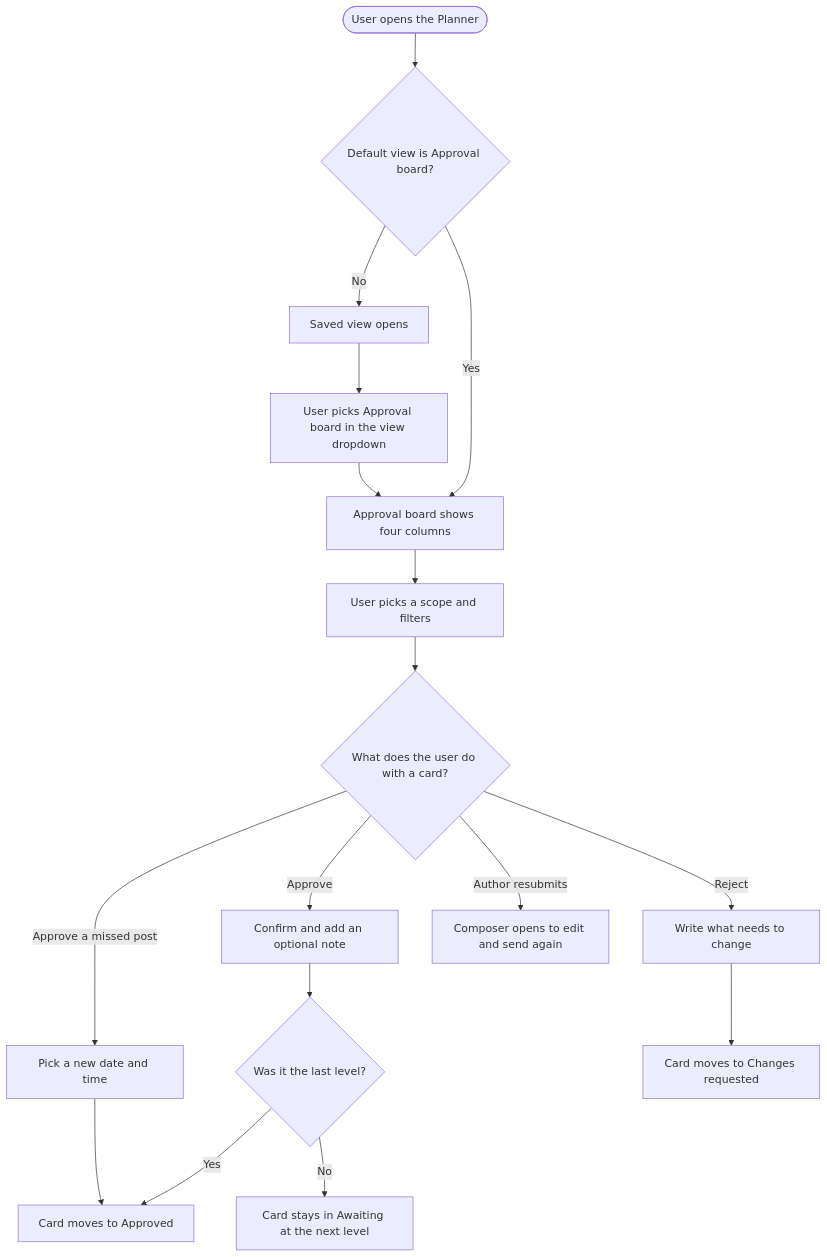
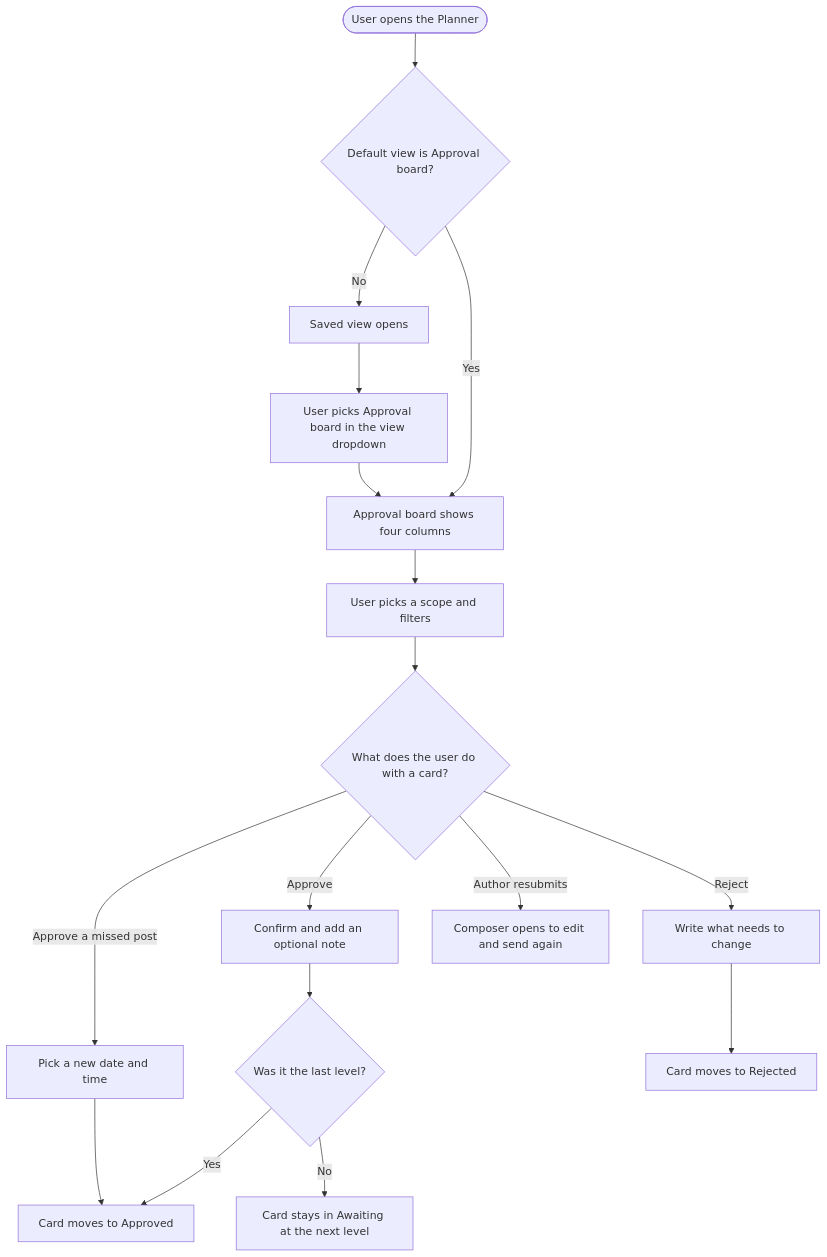
The first of 2 diagrams in docs/features/approval-board-view/02-workflow.md (Ghulam-Jaffar/contentstudio-agentic-product-pipeline), drawn with Mermaid before and after one commit. The commit also changed other lines of this file and 16 other files, not shown here.

````diff
--- a/docs/features/approval-board-view/02-workflow.md
+++ b/docs/features/approval-board-view/02-workflow.md
@@ -23,17 +23,17 @@
 ```mermaid
 flowchart TD
     Open([User opens the Planner]) --> Pick{Default view is Approval board?}
     Pick -->|Yes| Board[Approval board shows four columns]
     Pick -->|No| Other[Saved view opens] --> Switch[User picks Approval board in the view dropdown] --> Board
     Board --> Scope[User picks a scope and filters]
     Scope --> Act{What does the user do with a card?}
     Act -->|Approve| Confirm[Confirm and add an optional note]
     Act -->|Reject| Note[Write what needs to change]
     Act -->|Approve a missed post| Time[Pick a new date and time]
     Act -->|Author resubmits| Composer[Composer opens to edit and send again]
     Confirm --> Level{Was it the last level?}
     Level -->|Yes| Approved[Card moves to Approved]
     Level -->|No| NextLevel[Card stays in Awaiting at the next level]
     Time --> Approved
-    Note --> Changes[Card moves to Changes requested]
+    Note --> Changes[Card moves to Rejected]
 ```
````
